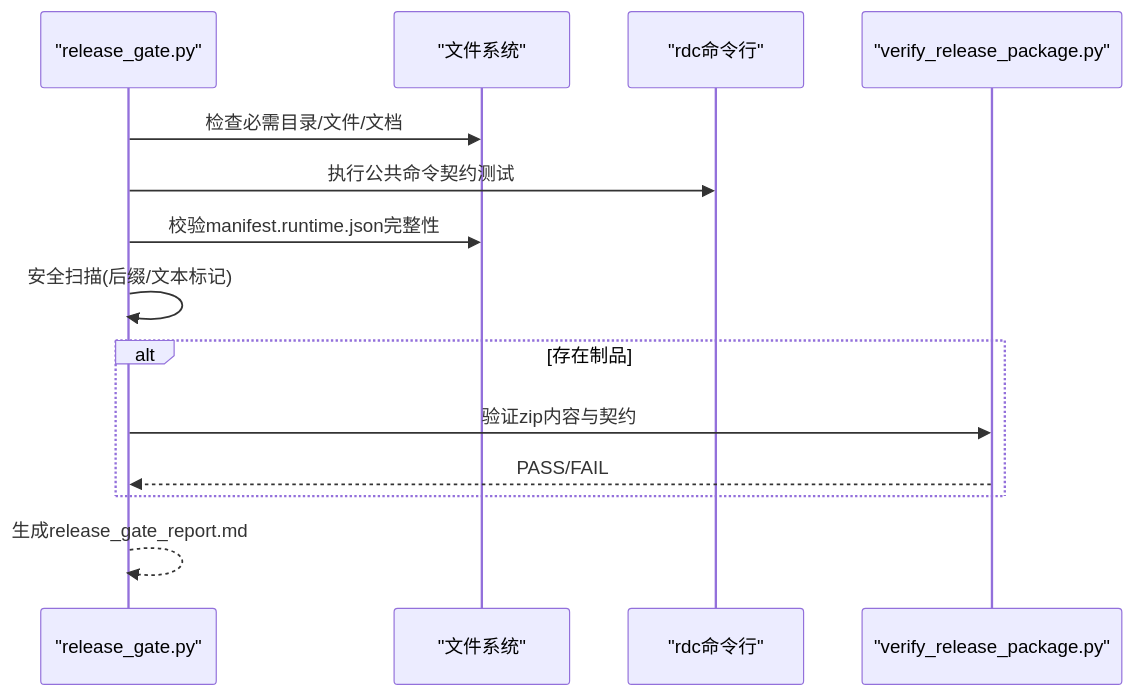
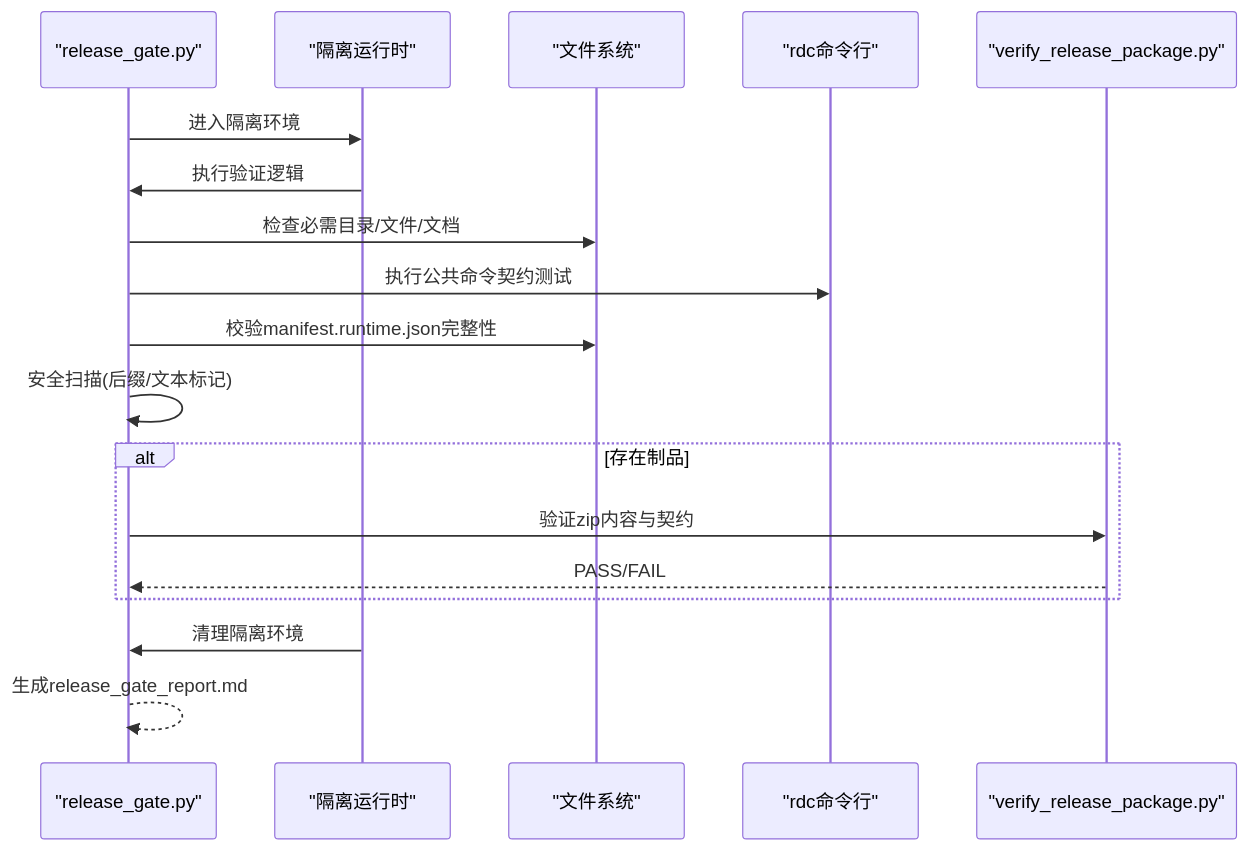
The sixth of 9 diagrams in .qoder/repowiki/zh/content/部署和发布/发布打包.md (haolange/RDC-Tool), drawn with Mermaid before and after one commit. The commit also changed other lines of this file and 53 other files, not shown here.

````diff
--- a/.qoder/repowiki/zh/content/部署和发布/发布打包.md
+++ b/.qoder/repowiki/zh/content/部署和发布/发布打包.md
@@ -191,16 +249,20 @@
 ```mermaid
 sequenceDiagram
 participant Gate as "release_gate.py"
+participant IR as "隔离运行时"
 participant FS as "文件系统"
 participant CLI as "rdc命令行"
 participant Ver as "verify_release_package.py"
+Gate->>IR : 进入隔离环境
+IR->>Gate : 执行验证逻辑
 Gate->>FS : 检查必需目录/文件/文档
 Gate->>CLI : 执行公共命令契约测试
 Gate->>FS : 校验manifest.runtime.json完整性
 Gate->>Gate : 安全扫描(后缀/文本标记)
 alt 存在制品
 Gate->>Ver : 验证zip内容与契约
 Ver-->>Gate : PASS/FAIL
 end
+IR->>Gate : 清理隔离环境
 Gate-->>Gate : 生成release_gate_report.md
 ```
````
